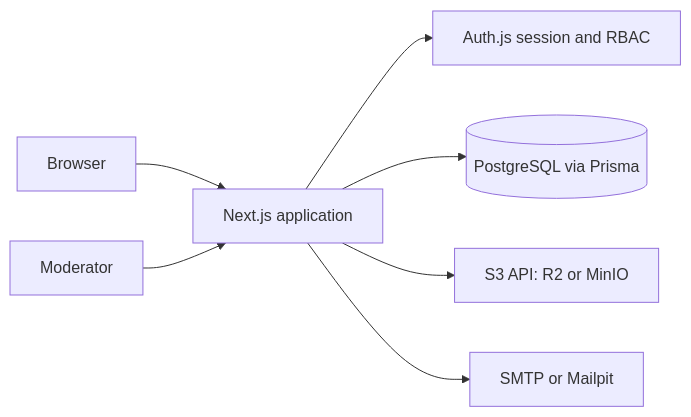
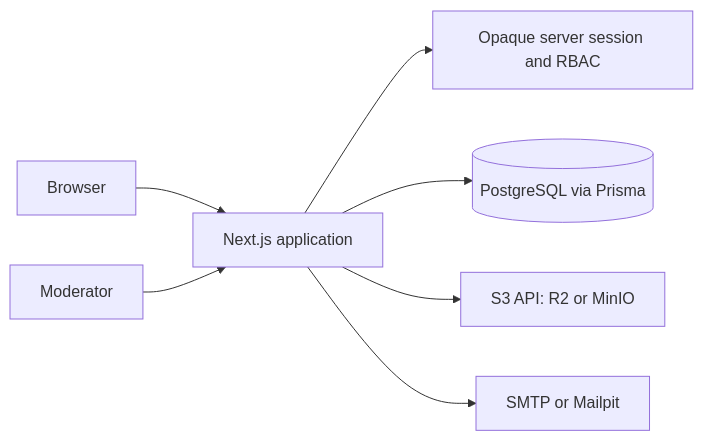
One commit to xndxyy/campuslink changed the diagram in docs/superpowers/specs/2026-07-12-campuslink-design.md. Above: the diagram before and after it, drawn with Mermaid. The commit also changed other lines of this file and 29 other files, not shown here.

Commit message:
feat(auth): add opaque email password sessions

````diff
--- a/docs/superpowers/specs/2026-07-12-campuslink-design.md
+++ b/docs/superpowers/specs/2026-07-12-campuslink-design.md
@@ -35,9 +35,9 @@
 ```mermaid
 flowchart LR
   B[Browser] --> N[Next.js application]
-  N --> A[Auth.js session and RBAC]
+  N --> A[Opaque server session and RBAC]
   N --> P[(PostgreSQL via Prisma)]
   N --> S[S3 API: R2 or MinIO]
   M[Moderator] --> N
   N --> E[SMTP or Mailpit]
 ```
````
